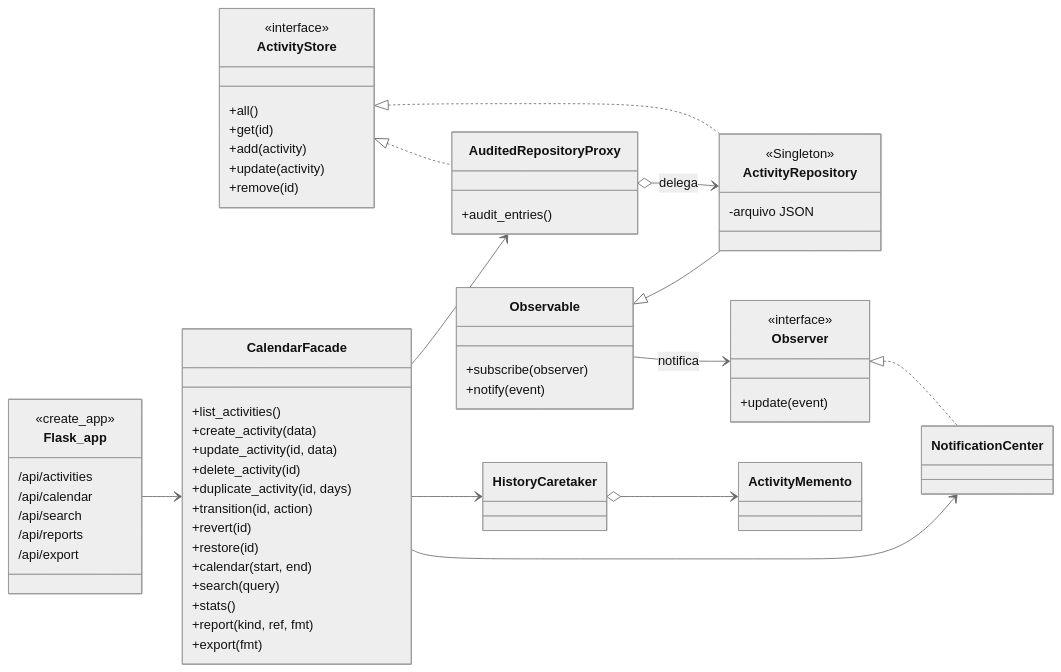
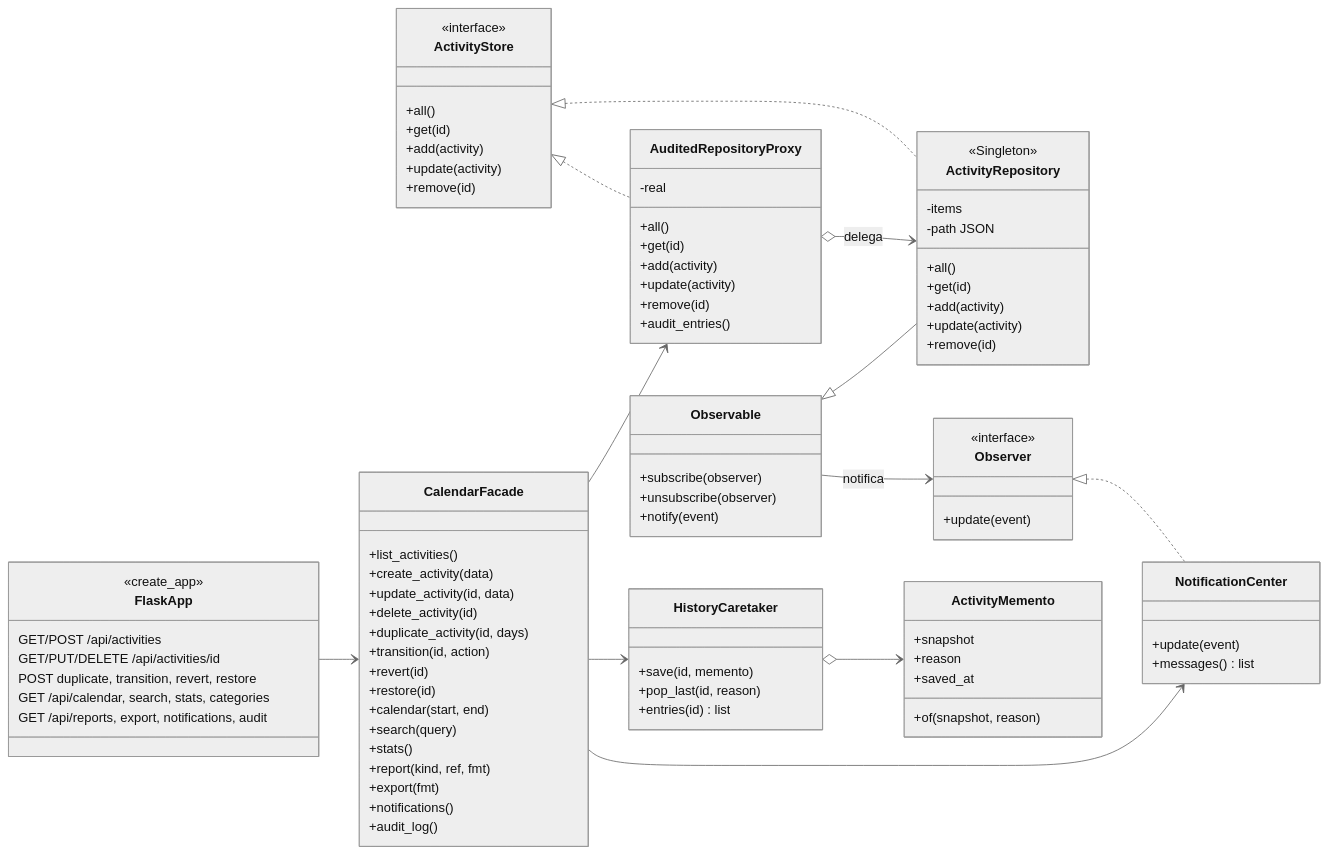
The second of 12 diagrams in docs/diagramas.md (GiovannyLeone/calendario-atividades-DP-PyQt6), drawn with Mermaid (neutral theme) before and after one commit. The commit also changed other lines of this file and 21 other files, not shown here.

Commit message:
adicionando novos diagramas

````diff
--- a/docs/diagramas.md
+++ b/docs/diagramas.md
@@ -81,13 +153,18 @@
 ```mermaid
+---
+config:
+  class:
+    hideEmptyMembersBox: true
+---
 classDiagram
     direction LR
-    class Flask_app {
+    class FlaskApp {
         <<create_app>>
-        /api/activities
-        /api/calendar
-        /api/search
-        /api/reports
-        /api/export
+        GET/POST /api/activities
+        GET/PUT/DELETE /api/activities/id
+        POST duplicate, transition, revert, restore
+        GET /api/calendar, search, stats, categories
+        GET /api/reports, export, notifications, audit
     }
     class CalendarFacade {
         +list_activities()
@@ -103,8 +180,10 @@
         +stats()
         +report(kind, ref, fmt)
         +export(fmt)
+        +notifications()
+        +audit_log()
     }
-    Flask_app --> CalendarFacade
+    FlaskApp --> CalendarFacade
 
     class ActivityStore {
         <<interface>>
@@ -116,20 +195,36 @@
     }
     class ActivityRepository {
         <<Singleton>>
-        -arquivo JSON
+        -items
+        -path JSON
+        +all()
+        +get(id)
+        +add(activity)
+        +update(activity)
+        +remove(id)
     }
     class AuditedRepositoryProxy {
+        -real
+        +all()
+        +get(id)
+        +add(activity)
+        +update(activity)
+        +remove(id)
         +audit_entries()
     }
     class Observable {
         +subscribe(observer)
+        +unsubscribe(observer)
         +notify(event)
     }
     class Observer {
         <<interface>>
         +update(event)
     }
-    class NotificationCenter
+    class NotificationCenter {
+        +update(event)
+        +messages() list
+    }
     ActivityStore <|.. ActivityRepository
     ActivityStore <|.. AuditedRepositoryProxy
     AuditedRepositoryProxy o--> ActivityRepository : delega
@@ -139,8 +234,17 @@
     CalendarFacade --> AuditedRepositoryProxy
     CalendarFacade --> NotificationCenter
 
-    class HistoryCaretaker
-    class ActivityMemento
+    class HistoryCaretaker {
+        +save(id, memento)
+        +pop_last(id, reason)
+        +entries(id) list
+    }
+    class ActivityMemento {
+        +snapshot
+        +reason
+        +saved_at
+        +of(snapshot, reason)
+    }
     HistoryCaretaker o--> ActivityMemento
     CalendarFacade --> HistoryCaretaker
 ```
````
